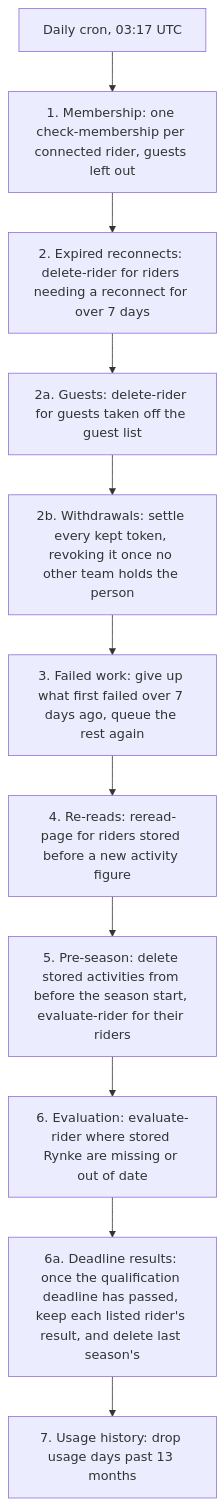
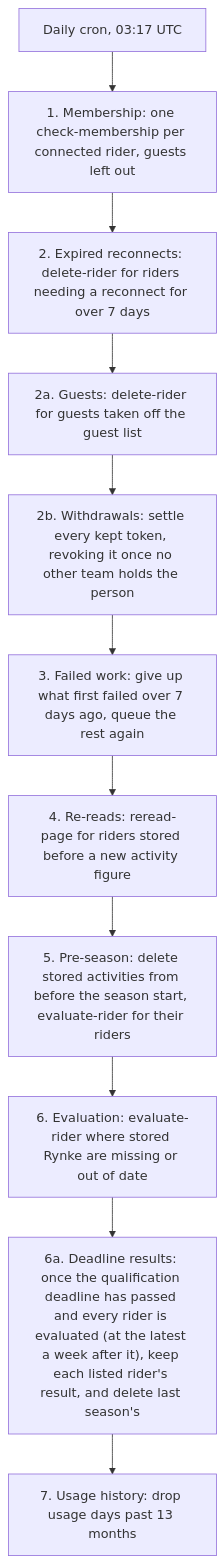
One commit to SaSteffen/RynkePoints changed the fifth of 6 diagrams in docs/how-it-runs.md. Above: the diagram before and after it, drawn with Mermaid. The commit also changed 4 other files, not shown here.

First line of the commit message:
fix(deadline): wait for pending evaluations before keeping the results

````diff
--- a/docs/how-it-runs.md
+++ b/docs/how-it-runs.md
@@ -261,13 +261,13 @@
 ```mermaid
 flowchart TD
     cron["Daily cron, 03:17 UTC"] --> m["1. Membership: one check-membership per connected rider, guests left out"]
     m --> x["2. Expired reconnects: delete-rider for riders needing a reconnect for over 7 days"]
     x --> g["2a. Guests: delete-rider for guests taken off the guest list"]
     g --> w["2b. Withdrawals: settle every kept token, revoking it once no other team holds the person"]
     w --> f["3. Failed work: give up what first failed over 7 days ago, queue the rest again"]
     f --> r["4. Re-reads: reread-page for riders stored before a new activity figure"]
     r --> p["5. Pre-season: delete stored activities from before the season start, evaluate-rider for their riders"]
     p --> e["6. Evaluation: evaluate-rider where stored Rynke are missing or out of date"]
-    e --> d["6a. Deadline results: once the qualification deadline has passed, keep each listed rider's result, and delete last season's"]
+    e --> d["6a. Deadline results: once the qualification deadline has passed and every rider is evaluated (at the latest a week after it), keep each listed rider's result, and delete last season's"]
     d --> u["7. Usage history: drop usage days past 13 months"]
 ```
````
